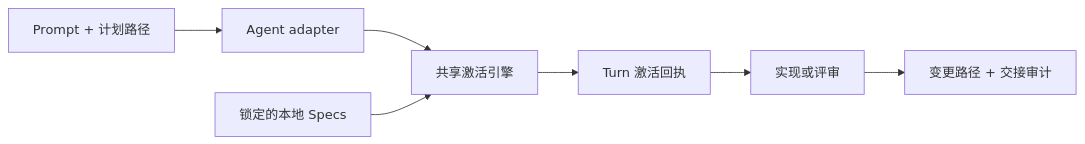
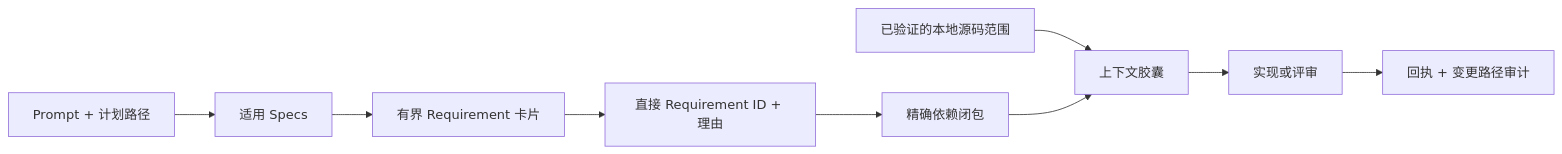
Before and after one commit to XiaoWeiKIN/RepoFoundryAI: the fourth of 4 diagrams in README.zh-CN.md, drawn with Mermaid. The commit also changed other lines of this file and 25 other files, not shown here.

````diff
--- a/README.zh-CN.md
+++ b/README.zh-CN.md
@@ -389,9 +392,11 @@
 ```mermaid
 flowchart LR
-    P["Prompt + 计划路径"] --> D["Agent adapter"]
-    D --> R["共享激活引擎"]
-    L["锁定的本地 Specs"] --> R
-    R --> A["Turn 激活回执"]
-    A --> W["实现或评审"]
-    W --> H["变更路径 + 交接审计"]
+    P["Prompt + 计划路径"] --> S["适用 Specs"]
+    S --> C["有界 Requirement 卡片"]
+    C --> D["直接 Requirement ID + 理由"]
+    D --> X["精确依赖闭包"]
+    L["已验证的本地源码范围"] --> K["上下文胶囊"]
+    X --> K
+    K --> W["实现或评审"]
+    W --> H["回执 + 变更路径审计"]
 ```
````
